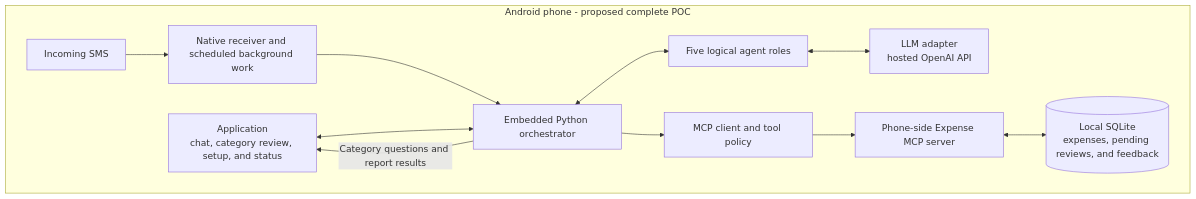
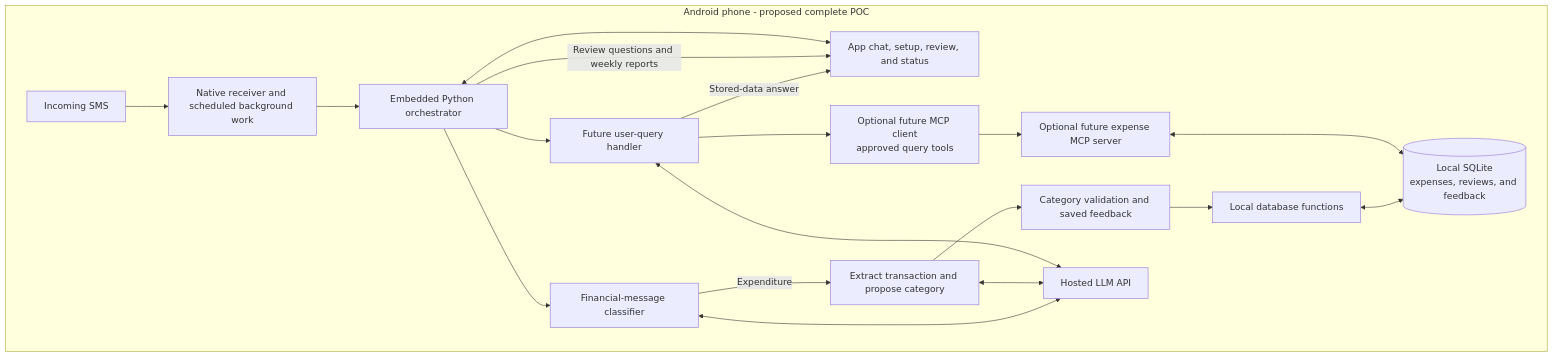
The third of 3 diagrams in README.md (Abijith97/expense-tracker-with-mcp), drawn with Mermaid before and after one commit. The commit also changed other lines of this file and 16 other files, not shown here.

Commit message:
Simplify phone orchestration with direct classifier calls

````diff
--- a/README.md
+++ b/README.md
@@ -131,22 +171,22 @@
 ```mermaid
 flowchart TB
     subgraph Phone[Android phone - proposed complete POC]
-        UI[Application<br/>chat, category review, setup, and status]
-        SMS[Incoming SMS]
-        Work[Native receiver and scheduled background work]
-        Orchestrator[Embedded Python orchestrator]
-        Agents[Five logical agent roles]
-        Model[LLM adapter<br/>hosted OpenAI API]
-        Client[MCP client and tool policy]
-        Server[Phone-side Expense MCP server]
-        DB[(Local SQLite<br/>expenses, pending reviews, and feedback)]
-
-        SMS --> Work --> Orchestrator
-        UI <--> Orchestrator
-        Orchestrator <--> Agents
-        Agents <--> Model
-        Orchestrator --> Client --> Server
+        SMS[Incoming SMS] --> Work[Native receiver and scheduled background work]
+        Work --> Orchestrator[Embedded Python orchestrator]
+        UI[App chat, setup, review, and status] <--> Orchestrator
+        Orchestrator --> Classifier[Financial-message classifier]
+        Classifier -->|Expenditure| Category[Extract transaction and propose category]
+        Category --> Review[Category validation and saved feedback]
+        Review --> Storage[Local database functions]
+        Storage <--> DB[(Local SQLite<br/>expenses, reviews, and feedback)]
+        Orchestrator --> Query[Future user-query handler]
+        Query --> Client[Optional future MCP client<br/>approved query tools]
+        Client --> Server[Optional future expense MCP server]
         Server <--> DB
-        Orchestrator -->|Category questions and report results| UI
+        Query -->|Stored-data answer| UI
+        Classifier <--> Model[Hosted LLM API]
+        Category <--> Model
+        Query <--> Model
+        Orchestrator -->|Review questions and weekly reports| UI
     end
 ```
````
